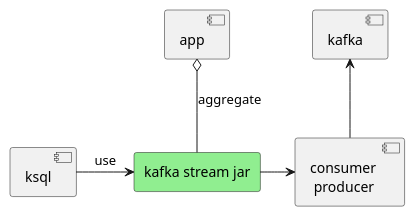
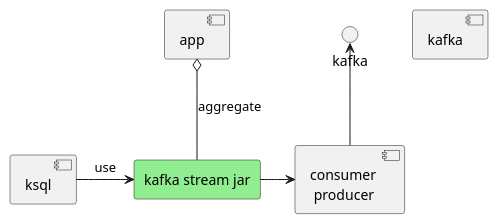
Before and after one commit to cherkavi/cheat-sheet: the second of 2 diagrams in kafka-cheat-sheet.md, drawn with PlantUML. The commit also changed other lines of this file, not shown here.

Commit message:
kafka sqldb

````diff
--- a/kafka-cheat-sheet.md
+++ b/kafka-cheat-sheet.md
@@ -13,18 +75,18 @@
 ```plantuml
 @startuml
 
 [ksql] as ksql 
 rectangle "kafka stream jar" as stream #lightgreen
 [app]  as app 
 
 [consumer \n producer] as consumer
-[kafka] as kafka
+[kafka] as kafkap
 
 ksql -right--> stream : use
 app o-- stream  : aggregate
 
 stream -right--> consumer
 consumer -up-> kafka
 
 @enduml
 ```
````
